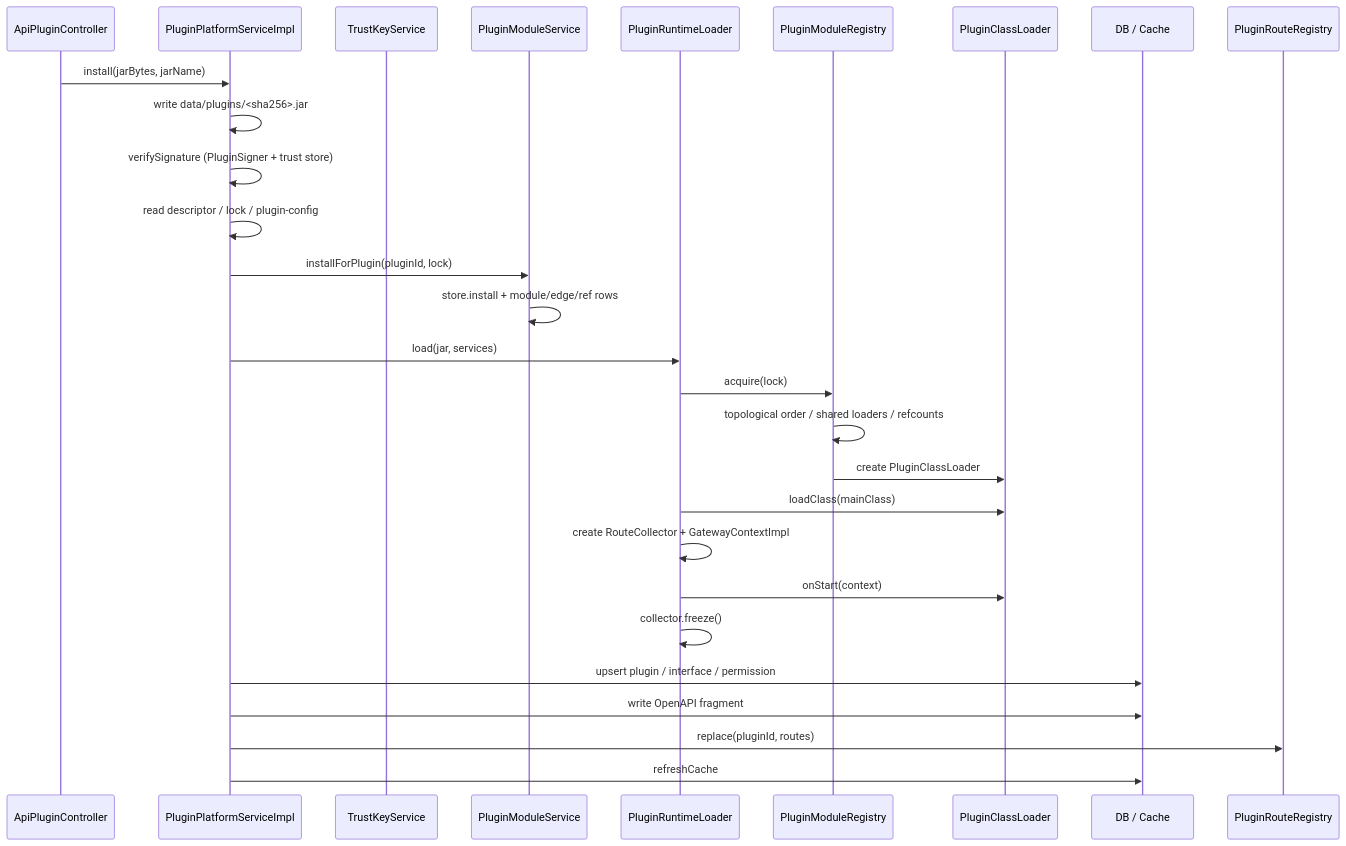
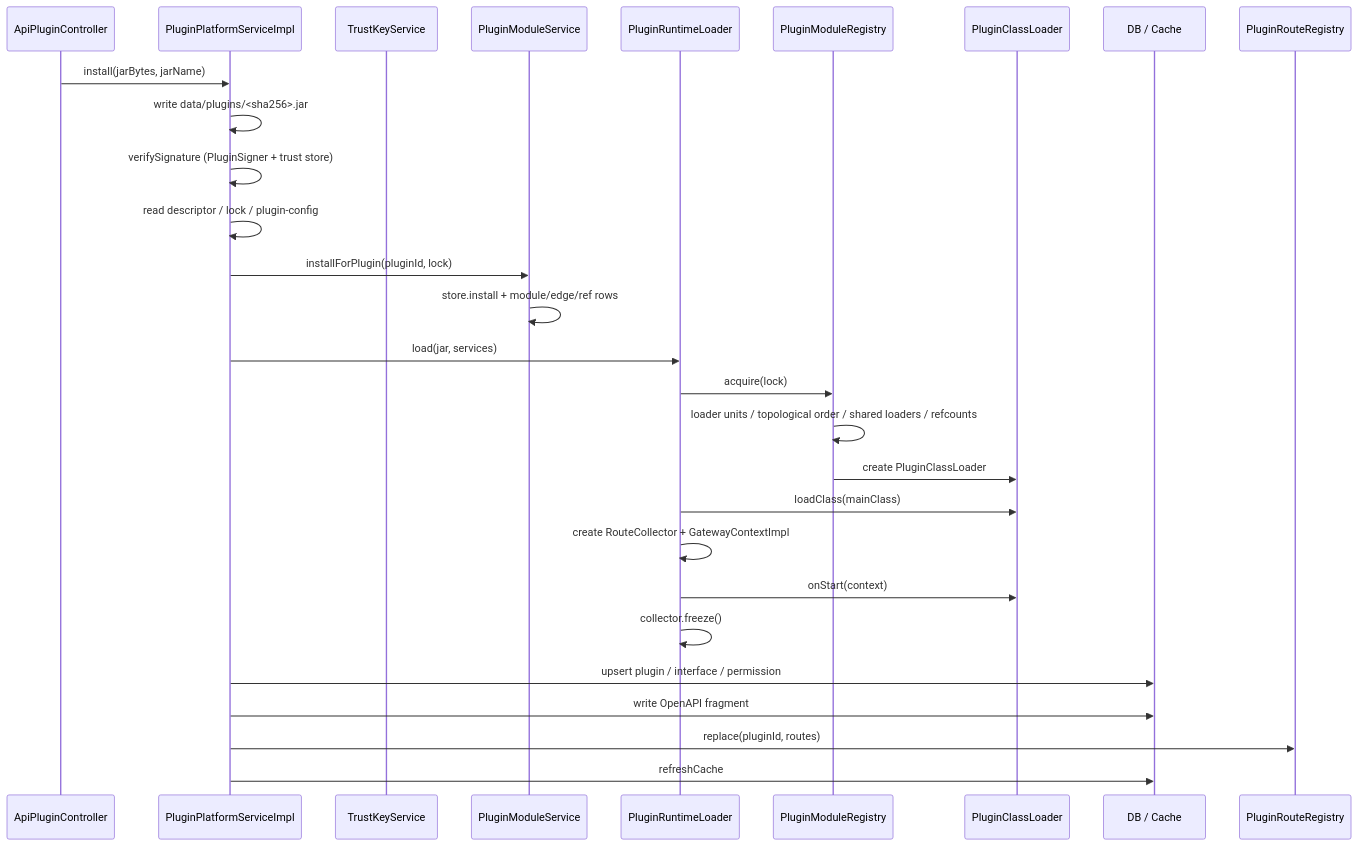
The fourth of 8 diagrams in docs/plugin-platform.md (FatttSnake/api-management), drawn with Mermaid before and after one commit. The commit also changed other lines of this file and 20 other files, not shown here.

Commit message:
feat(plugin): support shared loader

````diff
--- a/docs/plugin-platform.md
+++ b/docs/plugin-platform.md
@@ -237,31 +250,31 @@
 ```mermaid
 sequenceDiagram
     participant C as ApiPluginController
     participant S as PluginPlatformServiceImpl
     participant T as TrustKeyService
     participant M as PluginModuleService
     participant R as PluginRuntimeLoader
     participant MR as PluginModuleRegistry
     participant PL as PluginClassLoader
     participant DB as DB / Cache
     participant RR as PluginRouteRegistry
 
     C->>S: install(jarBytes, jarName)
     S->>S: write data/plugins/<sha256>.jar
     S->>S: verifySignature (PluginSigner + trust store)
     S->>S: read descriptor / lock / plugin-config
     S->>M: installForPlugin(pluginId, lock)
     M->>M: store.install + module/edge/ref rows
     S->>R: load(jar, services)
     R->>MR: acquire(lock)
-    MR->>MR: topological order / shared loaders / refcounts
+    MR->>MR: loader units / topological order / shared loaders / refcounts
     MR->>PL: create PluginClassLoader
     R->>PL: loadClass(mainClass)
     R->>R: create RouteCollector + GatewayContextImpl
     R->>PL: onStart(context)
     R->>R: collector.freeze()
     S->>DB: upsert plugin / interface / permission
     S->>DB: write OpenAPI fragment
     S->>RR: replace(pluginId, routes)
     S->>DB: refreshCache
 ```
````
